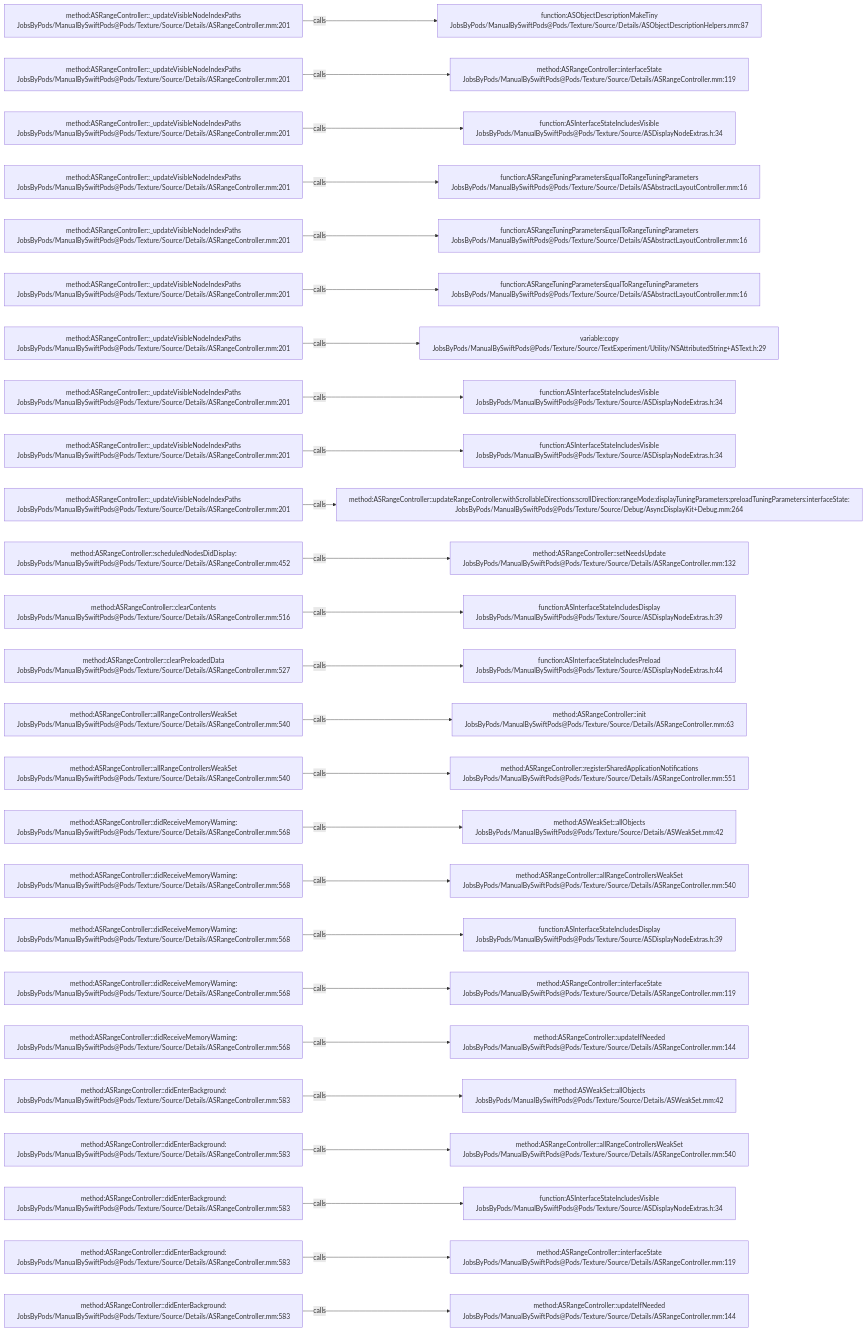
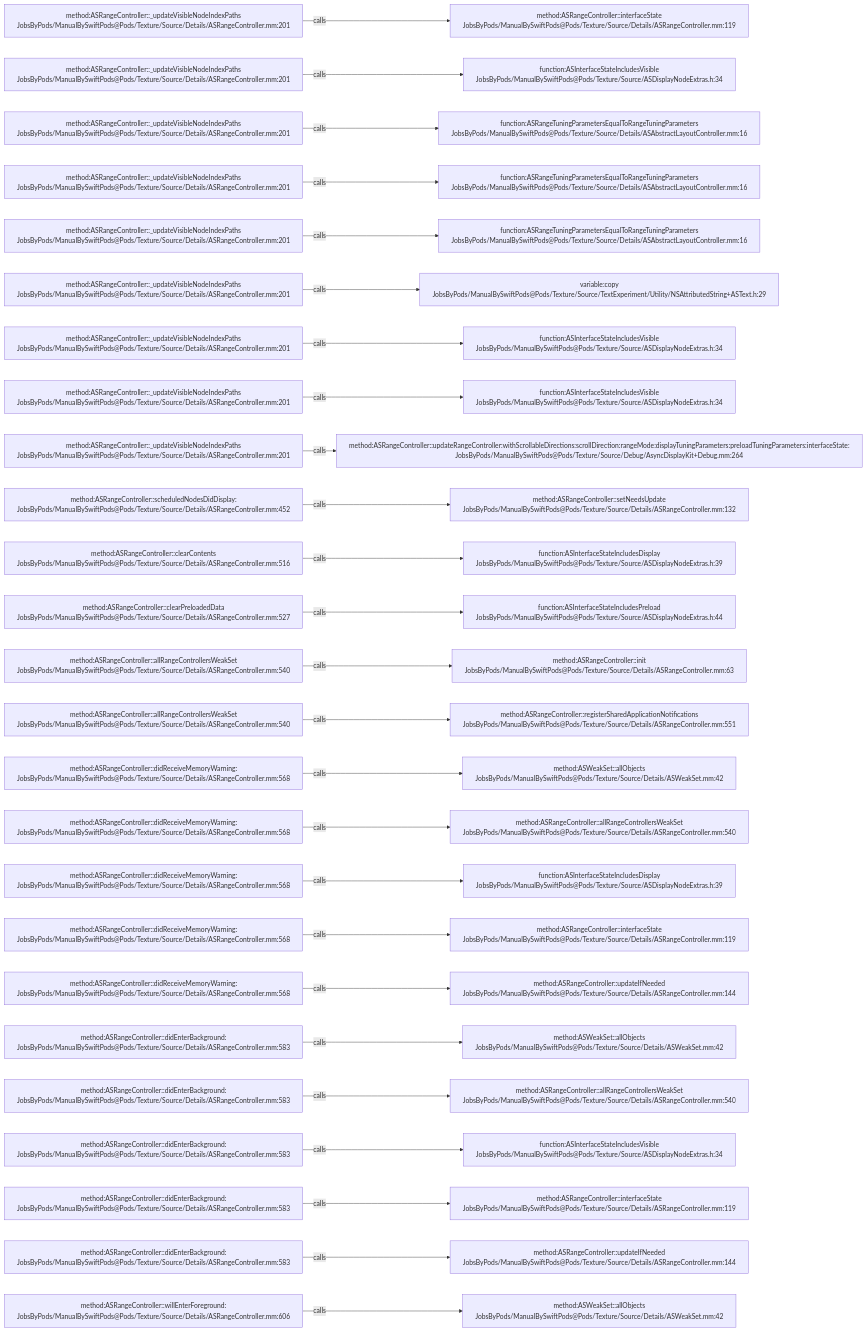
Before and after one commit to JobsKits/JobsSwiftBaseConfigDemo: the diagram in .codegraph/codegraph.md/graphs/calls-094.md, drawn with Mermaid. The commit also changed 747 other files, not shown here.

````diff
--- a/.codegraph/codegraph.md/graphs/calls-094.md
+++ b/.codegraph/codegraph.md/graphs/calls-094.md
@@ -13,78 +13,78 @@
 ```mermaid
 flowchart LR
   S1["method:ASRangeController::_updateVisibleNodeIndexPaths<br/>JobsByPods/ManualBySwiftPods@Pods/Texture/Source/Details/ASRangeController.mm:201"]
-  T1["function:ASObjectDescriptionMakeTiny<br/>JobsByPods/ManualBySwiftPods@Pods/Texture/Source/Details/ASObjectDescriptionHelpers.mm:87"]
+  T1["method:ASRangeController::interfaceState<br/>JobsByPods/ManualBySwiftPods@Pods/Texture/Source/Details/ASRangeController.mm:119"]
   S1 -->|calls| T1
   S2["method:ASRangeController::_updateVisibleNodeIndexPaths<br/>JobsByPods/ManualBySwiftPods@Pods/Texture/Source/Details/ASRangeController.mm:201"]
-  T2["method:ASRangeController::interfaceState<br/>JobsByPods/ManualBySwiftPods@Pods/Texture/Source/Details/ASRangeController.mm:119"]
+  T2["function:ASInterfaceStateIncludesVisible<br/>JobsByPods/ManualBySwiftPods@Pods/Texture/Source/ASDisplayNodeExtras.h:34"]
   S2 -->|calls| T2
   S3["method:ASRangeController::_updateVisibleNodeIndexPaths<br/>JobsByPods/ManualBySwiftPods@Pods/Texture/Source/Details/ASRangeController.mm:201"]
-  T3["function:ASInterfaceStateIncludesVisible<br/>JobsByPods/ManualBySwiftPods@Pods/Texture/Source/ASDisplayNodeExtras.h:34"]
+  T3["function:ASRangeTuningParametersEqualToRangeTuningParameters<br/>JobsByPods/ManualBySwiftPods@Pods/Texture/Source/Details/ASAbstractLayoutController.mm:16"]
   S3 -->|calls| T3
   S4["method:ASRangeController::_updateVisibleNodeIndexPaths<br/>JobsByPods/ManualBySwiftPods@Pods/Texture/Source/Details/ASRangeController.mm:201"]
   T4["function:ASRangeTuningParametersEqualToRangeTuningParameters<br/>JobsByPods/ManualBySwiftPods@Pods/Texture/Source/Details/ASAbstractLayoutController.mm:16"]
   S4 -->|calls| T4
   S5["method:ASRangeController::_updateVisibleNodeIndexPaths<br/>JobsByPods/ManualBySwiftPods@Pods/Texture/Source/Details/ASRangeController.mm:201"]
   T5["function:ASRangeTuningParametersEqualToRangeTuningParameters<br/>JobsByPods/ManualBySwiftPods@Pods/Texture/Source/Details/ASAbstractLayoutController.mm:16"]
   S5 -->|calls| T5
   S6["method:ASRangeController::_updateVisibleNodeIndexPaths<br/>JobsByPods/ManualBySwiftPods@Pods/Texture/Source/Details/ASRangeController.mm:201"]
-  T6["function:ASRangeTuningParametersEqualToRangeTuningParameters<br/>JobsByPods/ManualBySwiftPods@Pods/Texture/Source/Details/ASAbstractLayoutController.mm:16"]
+  T6["variable:copy<br/>JobsByPods/ManualBySwiftPods@Pods/Texture/Source/TextExperiment/Utility/NSAttributedString+ASText.h:29"]
   S6 -->|calls| T6
   S7["method:ASRangeController::_updateVisibleNodeIndexPaths<br/>JobsByPods/ManualBySwiftPods@Pods/Texture/Source/Details/ASRangeController.mm:201"]
-  T7["variable:copy<br/>JobsByPods/ManualBySwiftPods@Pods/Texture/Source/TextExperiment/Utility/NSAttributedString+ASText.h:29"]
+  T7["function:ASInterfaceStateIncludesVisible<br/>JobsByPods/ManualBySwiftPods@Pods/Texture/Source/ASDisplayNodeExtras.h:34"]
   S7 -->|calls| T7
   S8["method:ASRangeController::_updateVisibleNodeIndexPaths<br/>JobsByPods/ManualBySwiftPods@Pods/Texture/Source/Details/ASRangeController.mm:201"]
   T8["function:ASInterfaceStateIncludesVisible<br/>JobsByPods/ManualBySwiftPods@Pods/Texture/Source/ASDisplayNodeExtras.h:34"]
   S8 -->|calls| T8
   S9["method:ASRangeController::_updateVisibleNodeIndexPaths<br/>JobsByPods/ManualBySwiftPods@Pods/Texture/Source/Details/ASRangeController.mm:201"]
-  T9["function:ASInterfaceStateIncludesVisible<br/>JobsByPods/ManualBySwiftPods@Pods/Texture/Source/ASDisplayNodeExtras.h:34"]
+  T9["method:ASRangeController::updateRangeController:withScrollableDirections:scrollDirection:rangeMode:displayTuningParameters:preloadTuningParameters:interfaceState:<br/>JobsByPods/ManualBySwiftPods@Pods/Texture/Source/Debug/AsyncDisplayKit+Debug.mm:264"]
   S9 -->|calls| T9
-  S10["method:ASRangeController::_updateVisibleNodeIndexPaths<br/>JobsByPods/ManualBySwiftPods@Pods/Texture/Source/Details/ASRangeController.mm:201"]
-  T10["method:ASRangeController::updateRangeController:withScrollableDirections:scrollDirection:rangeMode:displayTuningParameters:preloadTuningParameters:interfaceState:<br/>JobsByPods/ManualBySwiftPods@Pods/Texture/Source/Debug/AsyncDisplayKit+Debug.mm:264"]
+  S10["method:ASRangeController::scheduledNodesDidDisplay:<br/>JobsByPods/ManualBySwiftPods@Pods/Texture/Source/Details/ASRangeController.mm:452"]
+  T10["method:ASRangeController::setNeedsUpdate<br/>JobsByPods/ManualBySwiftPods@Pods/Texture/Source/Details/ASRangeController.mm:132"]
   S10 -->|calls| T10
-  S11["method:ASRangeController::scheduledNodesDidDisplay:<br/>JobsByPods/ManualBySwiftPods@Pods/Texture/Source/Details/ASRangeController.mm:452"]
-  T11["method:ASRangeController::setNeedsUpdate<br/>JobsByPods/ManualBySwiftPods@Pods/Texture/Source/Details/ASRangeController.mm:132"]
+  S11["method:ASRangeController::clearContents<br/>JobsByPods/ManualBySwiftPods@Pods/Texture/Source/Details/ASRangeController.mm:516"]
+  T11["function:ASInterfaceStateIncludesDisplay<br/>JobsByPods/ManualBySwiftPods@Pods/Texture/Source/ASDisplayNodeExtras.h:39"]
   S11 -->|calls| T11
-  S12["method:ASRangeController::clearContents<br/>JobsByPods/ManualBySwiftPods@Pods/Texture/Source/Details/ASRangeController.mm:516"]
-  T12["function:ASInterfaceStateIncludesDisplay<br/>JobsByPods/ManualBySwiftPods@Pods/Texture/Source/ASDisplayNodeExtras.h:39"]
+  S12["method:ASRangeController::clearPreloadedData<br/>JobsByPods/ManualBySwiftPods@Pods/Texture/Source/Details/ASRangeController.mm:527"]
+  T12["function:ASInterfaceStateIncludesPreload<br/>JobsByPods/ManualBySwiftPods@Pods/Texture/Source/ASDisplayNodeExtras.h:44"]
   S12 -->|calls| T12
-  S13["method:ASRangeController::clearPreloadedData<br/>JobsByPods/ManualBySwiftPods@Pods/Texture/Source/Details/ASRangeController.mm:527"]
-  T13["function:ASInterfaceStateIncludesPreload<br/>JobsByPods/ManualBySwiftPods@Pods/Texture/Source/ASDisplayNodeExtras.h:44"]
+  S13["method:ASRangeController::allRangeControllersWeakSet<br/>JobsByPods/ManualBySwiftPods@Pods/Texture/Source/Details/ASRangeController.mm:540"]
+  T13["method:ASRangeController::init<br/>JobsByPods/ManualBySwiftPods@Pods/Texture/Source/Details/ASRangeController.mm:63"]
   S13 -->|calls| T13
   S14["method:ASRangeController::allRangeControllersWeakSet<br/>JobsByPods/ManualBySwiftPods@Pods/Texture/Source/Details/ASRangeController.mm:540"]
-  T14["method:ASRangeController::init<br/>JobsByPods/ManualBySwiftPods@Pods/Texture/Source/Details/ASRangeController.mm:63"]
+  T14["method:ASRangeController::registerSharedApplicationNotifications<br/>JobsByPods/ManualBySwiftPods@Pods/Texture/Source/Details/ASRangeController.mm:551"]
   S14 -->|calls| T14
-  S15["method:ASRangeController::allRangeControllersWeakSet<br/>JobsByPods/ManualBySwiftPods@Pods/Texture/Source/Details/ASRangeController.mm:540"]
-  T15["method:ASRangeController::registerSharedApplicationNotifications<br/>JobsByPods/ManualBySwiftPods@Pods/Texture/Source/Details/ASRangeController.mm:551"]
+  S15["method:ASRangeController::didReceiveMemoryWarning:<br/>JobsByPods/ManualBySwiftPods@Pods/Texture/Source/Details/ASRangeController.mm:568"]
+  T15["method:ASWeakSet::allObjects<br/>JobsByPods/ManualBySwiftPods@Pods/Texture/Source/Details/ASWeakSet.mm:42"]
   S15 -->|calls| T15
   S16["method:ASRangeController::didReceiveMemoryWarning:<br/>JobsByPods/ManualBySwiftPods@Pods/Texture/Source/Details/ASRangeController.mm:568"]
-  T16["method:ASWeakSet::allObjects<br/>JobsByPods/ManualBySwiftPods@Pods/Texture/Source/Details/ASWeakSet.mm:42"]
+  T16["method:ASRangeController::allRangeControllersWeakSet<br/>JobsByPods/ManualBySwiftPods@Pods/Texture/Source/Details/ASRangeController.mm:540"]
   S16 -->|calls| T16
   S17["method:ASRangeController::didReceiveMemoryWarning:<br/>JobsByPods/ManualBySwiftPods@Pods/Texture/Source/Details/ASRangeController.mm:568"]
-  T17["method:ASRangeController::allRangeControllersWeakSet<br/>JobsByPods/ManualBySwiftPods@Pods/Texture/Source/Details/ASRangeController.mm:540"]
+  T17["function:ASInterfaceStateIncludesDisplay<br/>JobsByPods/ManualBySwiftPods@Pods/Texture/Source/ASDisplayNodeExtras.h:39"]
   S17 -->|calls| T17
   S18["method:ASRangeController::didReceiveMemoryWarning:<br/>JobsByPods/ManualBySwiftPods@Pods/Texture/Source/Details/ASRangeController.mm:568"]
-  T18["function:ASInterfaceStateIncludesDisplay<br/>JobsByPods/ManualBySwiftPods@Pods/Texture/Source/ASDisplayNodeExtras.h:39"]
+  T18["method:ASRangeController::interfaceState<br/>JobsByPods/ManualBySwiftPods@Pods/Texture/Source/Details/ASRangeController.mm:119"]
   S18 -->|calls| T18
   S19["method:ASRangeController::didReceiveMemoryWarning:<br/>JobsByPods/ManualBySwiftPods@Pods/Texture/Source/Details/ASRangeController.mm:568"]
-  T19["method:ASRangeController::interfaceState<br/>JobsByPods/ManualBySwiftPods@Pods/Texture/Source/Details/ASRangeController.mm:119"]
+  T19["method:ASRangeController::updateIfNeeded<br/>JobsByPods/ManualBySwiftPods@Pods/Texture/Source/Details/ASRangeController.mm:144"]
   S19 -->|calls| T19
-  S20["method:ASRangeController::didReceiveMemoryWarning:<br/>JobsByPods/ManualBySwiftPods@Pods/Texture/Source/Details/ASRangeController.mm:568"]
-  T20["method:ASRangeController::updateIfNeeded<br/>JobsByPods/ManualBySwiftPods@Pods/Texture/Source/Details/ASRangeController.mm:144"]
+  S20["method:ASRangeController::didEnterBackground:<br/>JobsByPods/ManualBySwiftPods@Pods/Texture/Source/Details/ASRangeController.mm:583"]
+  T20["method:ASWeakSet::allObjects<br/>JobsByPods/ManualBySwiftPods@Pods/Texture/Source/Details/ASWeakSet.mm:42"]
   S20 -->|calls| T20
   S21["method:ASRangeController::didEnterBackground:<br/>JobsByPods/ManualBySwiftPods@Pods/Texture/Source/Details/ASRangeController.mm:583"]
-  T21["method:ASWeakSet::allObjects<br/>JobsByPods/ManualBySwiftPods@Pods/Texture/Source/Details/ASWeakSet.mm:42"]
+  T21["method:ASRangeController::allRangeControllersWeakSet<br/>JobsByPods/ManualBySwiftPods@Pods/Texture/Source/Details/ASRangeController.mm:540"]
   S21 -->|calls| T21
   S22["method:ASRangeController::didEnterBackground:<br/>JobsByPods/ManualBySwiftPods@Pods/Texture/Source/Details/ASRangeController.mm:583"]
-  T22["method:ASRangeController::allRangeControllersWeakSet<br/>JobsByPods/ManualBySwiftPods@Pods/Texture/Source/Details/ASRangeController.mm:540"]
+  T22["function:ASInterfaceStateIncludesVisible<br/>JobsByPods/ManualBySwiftPods@Pods/Texture/Source/ASDisplayNodeExtras.h:34"]
   S22 -->|calls| T22
   S23["method:ASRangeController::didEnterBackground:<br/>JobsByPods/ManualBySwiftPods@Pods/Texture/Source/Details/ASRangeController.mm:583"]
-  T23["function:ASInterfaceStateIncludesVisible<br/>JobsByPods/ManualBySwiftPods@Pods/Texture/Source/ASDisplayNodeExtras.h:34"]
+  T23["method:ASRangeController::interfaceState<br/>JobsByPods/ManualBySwiftPods@Pods/Texture/Source/Details/ASRangeController.mm:119"]
   S23 -->|calls| T23
   S24["method:ASRangeController::didEnterBackground:<br/>JobsByPods/ManualBySwiftPods@Pods/Texture/Source/Details/ASRangeController.mm:583"]
-  T24["method:ASRangeController::interfaceState<br/>JobsByPods/ManualBySwiftPods@Pods/Texture/Source/Details/ASRangeController.mm:119"]
+  T24["method:ASRangeController::updateIfNeeded<br/>JobsByPods/ManualBySwiftPods@Pods/Texture/Source/Details/ASRangeController.mm:144"]
   S24 -->|calls| T24
-  S25["method:ASRangeController::didEnterBackground:<br/>JobsByPods/ManualBySwiftPods@Pods/Texture/Source/Details/ASRangeController.mm:583"]
-  T25["method:ASRangeController::updateIfNeeded<br/>JobsByPods/ManualBySwiftPods@Pods/Texture/Source/Details/ASRangeController.mm:144"]
+  S25["method:ASRangeController::willEnterForeground:<br/>JobsByPods/ManualBySwiftPods@Pods/Texture/Source/Details/ASRangeController.mm:606"]
+  T25["method:ASWeakSet::allObjects<br/>JobsByPods/ManualBySwiftPods@Pods/Texture/Source/Details/ASWeakSet.mm:42"]
   S25 -->|calls| T25
 ```
````
